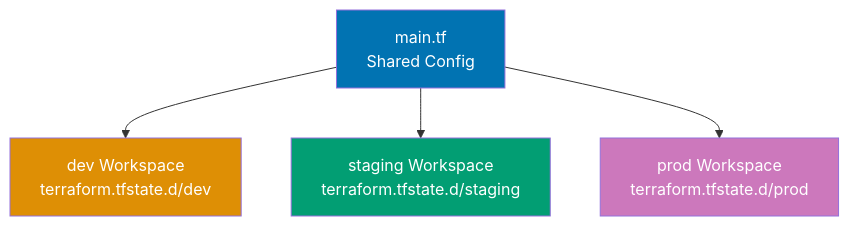
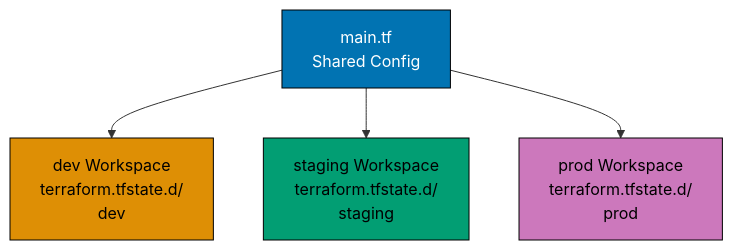
The eighth of 11 diagrams in apps/ayokoding-www/content/en/learn/legacy/software-engineering/infrastructure/tools/terraform/by-example/intermediate.md (wahidyankf/ose-public), drawn with Mermaid before and after one commit. The commit also changed other lines of this file and 131 other files, not shown here.

First line of the commit message:
fix(mermaid): bring the legacy data, infrastructure, and testing diagrams onto the accessible palette

````diff
--- a/apps/ayokoding-www/content/en/learn/legacy/software-engineering/infrastructure/tools/terraform/by-example/intermediate.md
+++ b/apps/ayokoding-www/content/en/learn/legacy/software-engineering/infrastructure/tools/terraform/by-example/intermediate.md
@@ -1658,12 +1708,19 @@
 ```mermaid
 %% Color Palette: Blue #0173B2, Orange #DE8F05, Teal #029E73, Purple #CC78BC
 graph TD
- A["main.tf<br/>Shared Config"] --> B["dev Workspace<br/>terraform.tfstate.d/dev"]
- A --> C["staging Workspace<br/>terraform.tfstate.d/staging"]
- A --> D["prod Workspace<br/>terraform.tfstate.d/prod"]
+ accTitle: Example 41: Workspace Basics for Environment Management
+ accDescr: Graph with 4 nodes and 3 connections. Nodes: main.tf Shared Config, dev Workspace terraform.tfstate.d/ dev, staging Workspace terraform.tfstate.d/ staging, prod Workspace terraform.tfstate.d/ prod. Connections: main.tf Shared Config to dev Workspace terraform.tfstate.d/ dev, main.tf Shared Config to staging Workspace terraform.tfstate.d/ staging, main.tf Shared Config to prod Workspace terraform.tfstate.d/ prod.
+ A["main.tf<br/>Shared Config"] --> B["dev Workspace<br/>terraform.tfstate.d/<br/>dev"]
+ A --> C["staging Workspace<br/>terraform.tfstate.d/<br/>staging"]
+ A --> D["prod Workspace<br/>terraform.tfstate.d/<br/>prod"]
 
- style A fill:#0173B2,color:#fff
- style B fill:#DE8F05,color:#fff
- style C fill:#029E73,color:#fff
- style D fill:#CC78BC,color:#fff
+ classDef pal-0173B2 fill:#0173B2,stroke:#000000,color:#FFFFFF
+ class A pal-0173B2
+ classDef pal-DE8F05 fill:#DE8F05,stroke:#000000,color:#000000
+ class B pal-DE8F05
+ classDef pal-029E73 fill:#029E73,stroke:#000000,color:#000000
+ class C pal-029E73
+ classDef pal-CC78BC fill:#CC78BC,stroke:#000000,color:#000000
+ class D pal-CC78BC
+ classDef default fill:#FFFFFF,stroke:#000000,color:#000000
 ```
````
